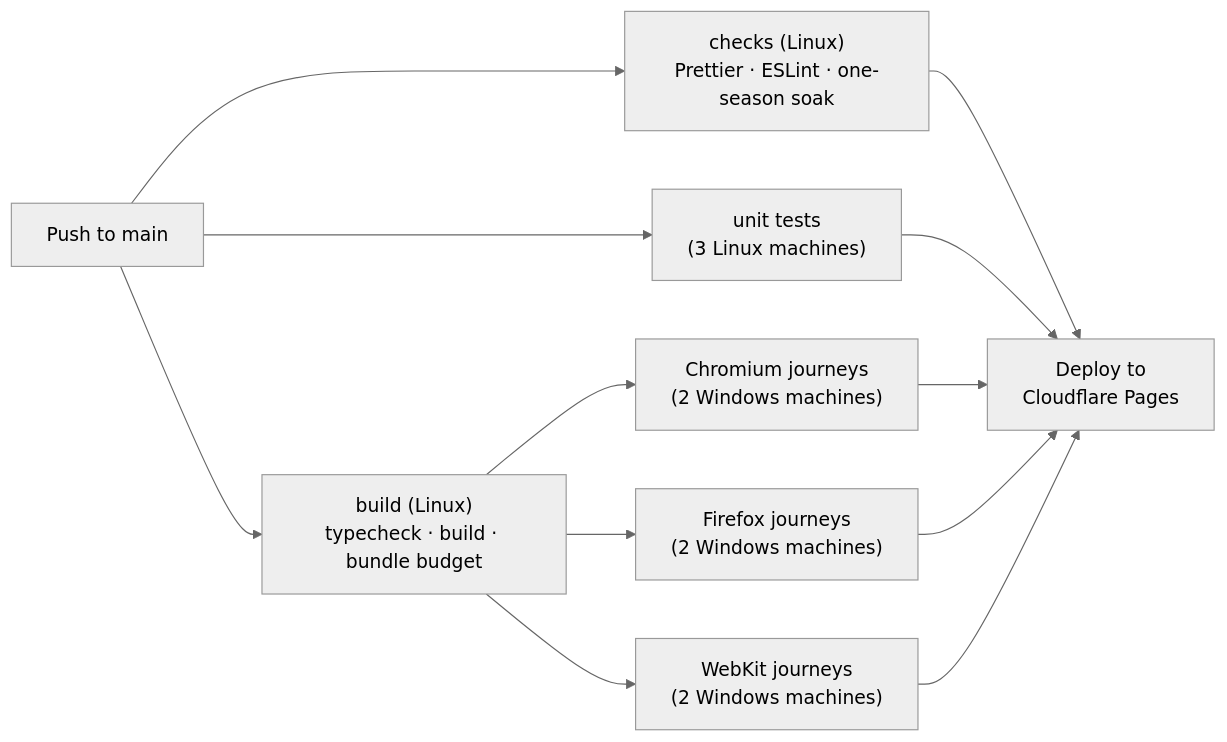
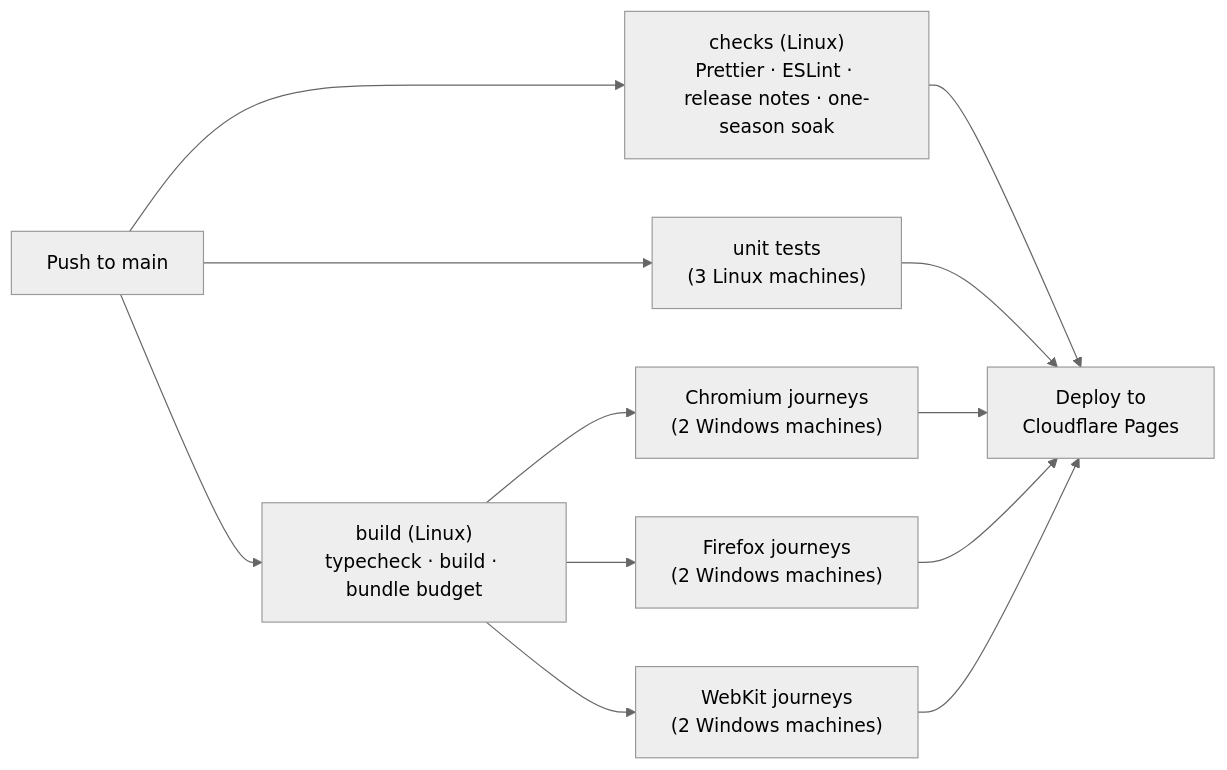
The fourth of 4 diagrams in README.md (Lewandowskista/pitch-to-glory), drawn with Mermaid (neutral theme) before and after one commit. The commit also changed other lines of this file and 19 other files, not shown here.

First line of the commit message:
Version every release and gate it on player-facing patch notes

````diff
--- a/README.md
+++ b/README.md
@@ -158,14 +158,14 @@
 ```mermaid
 flowchart LR
   Push["Push to main"] --> Build["build (Linux)<br/>typecheck · build · bundle budget"]
-  Push --> Checks["checks (Linux)<br/>Prettier · ESLint · one-season soak"]
+  Push --> Checks["checks (Linux)<br/>Prettier · ESLint · release notes · one-season soak"]
   Push --> Unit["unit tests<br/>(3 Linux machines)"]
   Build --> C["Chromium journeys<br/>(2 Windows machines)"]
   Build --> F["Firefox journeys<br/>(2 Windows machines)"]
   Build --> W["WebKit journeys<br/>(2 Windows machines)"]
   Checks --> Deploy["Deploy to<br/>Cloudflare Pages"]
   Unit --> Deploy
   C --> Deploy
   F --> Deploy
   W --> Deploy
 ```
````
